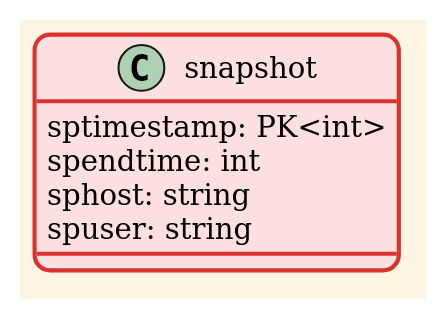
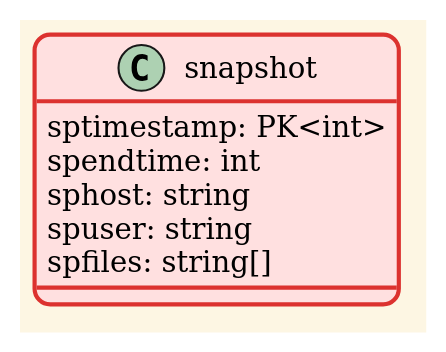
The diagram in relations.uml/snapshot.puml (eLyKseeR/modelling), drawn with PlantUML before and after one commit. The commit also changed 8 other files, not shown here.

```diff
--- a/relations.uml/snapshot.puml
+++ b/relations.uml/snapshot.puml
@@ -1,16 +1,17 @@
 @startuml snapshot
 
 !theme sunlust
 
 class snapshot {
     sptimestamp: PK<int>
     spendtime: int
     sphost: string
     spuser: string
+    spfiles: string[]
 }
 
 ' note right of snapshot::sptimestamp
 '     resolution < 1 ms
 ' end note
 
 @enduml
```
